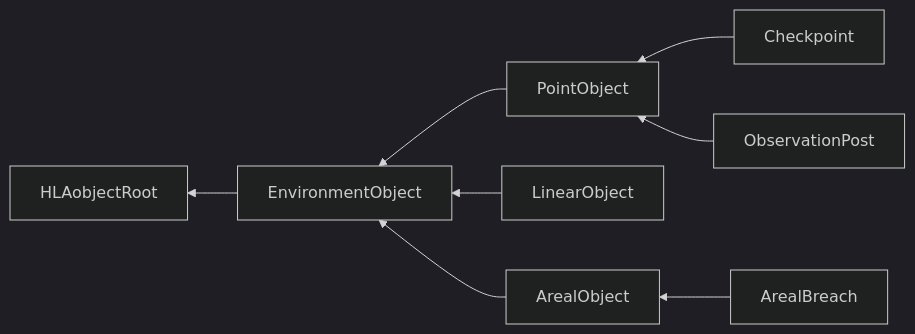
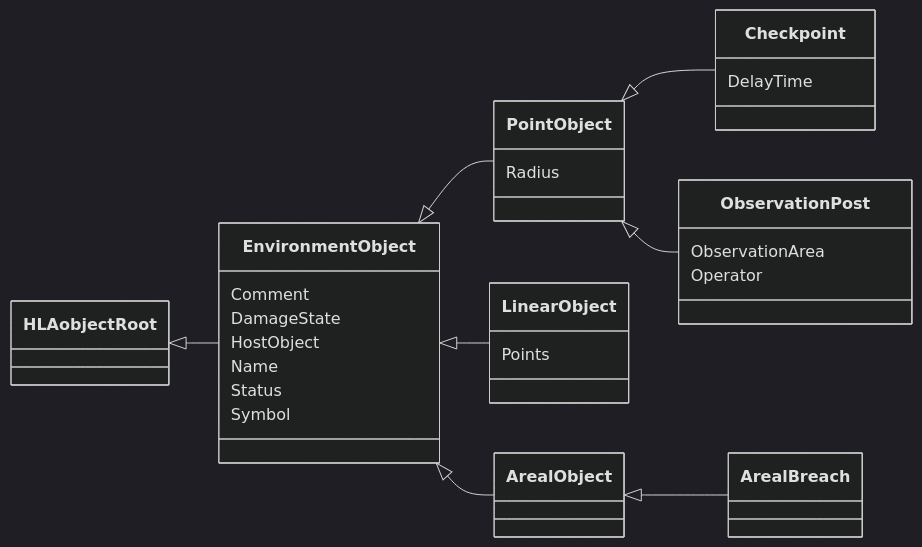
One commit to AMSP-04/NETN-SE changed the first of 2 diagrams in NETN-SE.md. Above: the diagram before and after it, drawn with Mermaid (dark theme). The commit also changed other lines of this file and 1 other file, not shown here.

````diff
--- a/NETN-SE.md
+++ b/NETN-SE.md
@@ -20,10 +18,23 @@
 ```mermaid
-graph RL
-EnvironmentObject-->HLAobjectRoot
-PointObject-->EnvironmentObject
-LinearObject-->EnvironmentObject
-ArealObject-->EnvironmentObject
-Checkpoint-->PointObject
-ObservationPost-->PointObject
-ArealBreach-->ArealObject
+classDiagram 
+direction LR
+
+HLAobjectRoot <|-- EnvironmentObject
+EnvironmentObject <|-- PointObject
+EnvironmentObject <|-- LinearObject
+EnvironmentObject <|-- ArealObject
+EnvironmentObject : Comment
+EnvironmentObject : DamageState
+EnvironmentObject : HostObject
+EnvironmentObject : Name
+EnvironmentObject : Status
+EnvironmentObject : Symbol
+PointObject <|-- Checkpoint
+PointObject <|-- ObservationPost
+PointObject : Radius
+Checkpoint : DelayTime
+ObservationPost : ObservationArea
+ObservationPost : Operator
+LinearObject : Points
+ArealObject <|-- ArealBreach
 ```
````
